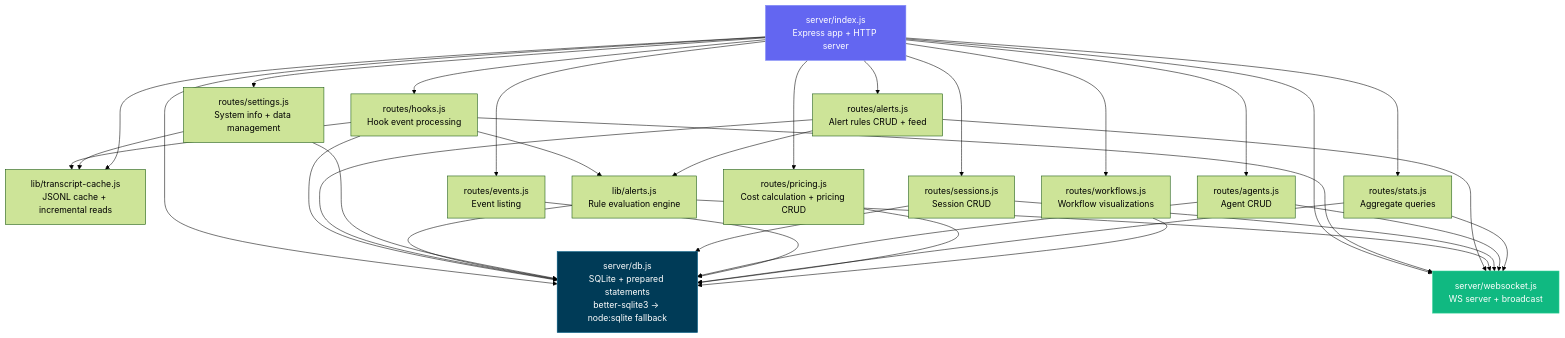
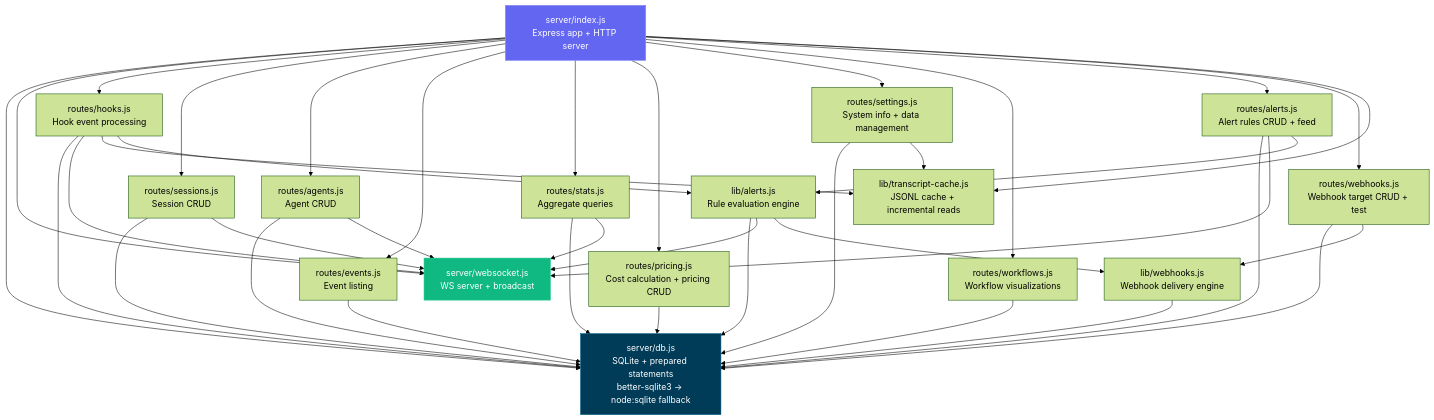
Before and after one commit to cegomez-gr/Claude-Code-Agent-Monitor: the fifth of 48 diagrams in ARCHITECTURE.md, drawn with Mermaid (forest theme). The commit also changed other lines of this file and 16 other files, not shown here.

First line of the commit message:
feat(webhooks): universal webhook delivery for fired alerts (Slack/Discord/Teams/generic)

````diff
--- a/ARCHITECTURE.md
+++ b/ARCHITECTURE.md
@@ -282,38 +282,43 @@
 ```mermaid
 graph TD
     INDEX[server/index.js<br/>Express app + HTTP server]
     DB[server/db.js<br/>SQLite + prepared statements<br/>better-sqlite3 → node:sqlite fallback]
     WS[server/websocket.js<br/>WS server + broadcast]
     HOOKS[routes/hooks.js<br/>Hook event processing]
     TC[lib/transcript-cache.js<br/>JSONL cache + incremental reads]
     SESSIONS[routes/sessions.js<br/>Session CRUD]
     AGENTS[routes/agents.js<br/>Agent CRUD]
     EVENTS[routes/events.js<br/>Event listing]
     STATS[routes/stats.js<br/>Aggregate queries]
     PRICING[routes/pricing.js<br/>Cost calculation + pricing CRUD]
     SETTINGS[routes/settings.js<br/>System info + data management]
     WORKFLOWS[routes/workflows.js<br/>Workflow visualizations]
     ALERTSR[routes/alerts.js<br/>Alert rules CRUD + feed]
     ALERTS[lib/alerts.js<br/>Rule evaluation engine]
+    WEBHOOKSR[routes/webhooks.js<br/>Webhook target CRUD + test]
+    WEBHOOKS[lib/webhooks.js<br/>Webhook delivery engine]
 
     INDEX --> DB
     INDEX --> WS
-    INDEX --> HOOKS & SESSIONS & AGENTS & EVENTS & STATS & PRICING & SETTINGS & WORKFLOWS & ALERTSR
+    INDEX --> HOOKS & SESSIONS & AGENTS & EVENTS & STATS & PRICING & SETTINGS & WORKFLOWS & ALERTSR & WEBHOOKSR
 
     HOOKS --> DB & WS & TC
     HOOKS --> ALERTS
     ALERTSR --> DB & WS & ALERTS
     ALERTS --> DB & WS
+    ALERTS --> WEBHOOKS
+    WEBHOOKSR --> DB & WEBHOOKS
+    WEBHOOKS --> DB
     SETTINGS --> DB & TC
     INDEX --> TC
     SESSIONS --> DB & WS
     AGENTS --> DB & WS
     EVENTS --> DB
     STATS --> DB & WS
     PRICING --> DB
     WORKFLOWS --> DB
 
     style INDEX fill:#6366f1,stroke:#818cf8,color:#fff
     style DB fill:#003B57,stroke:#005f8a,color:#fff
     style WS fill:#10b981,stroke:#34d399,color:#fff
 ```
````
